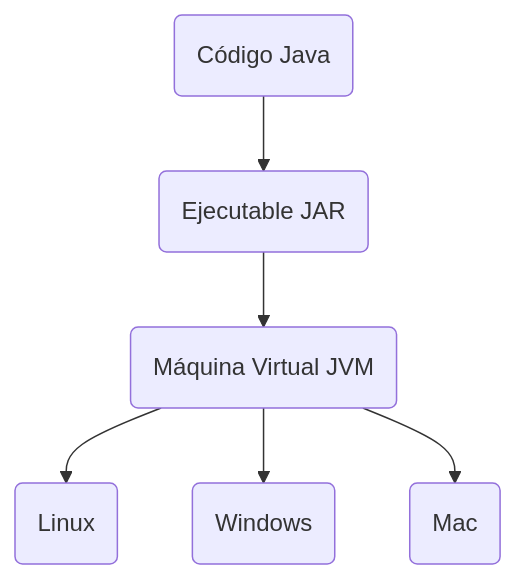
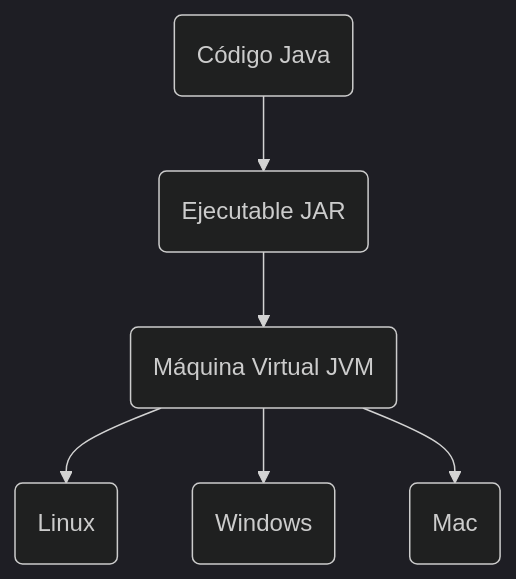
The first of 2 diagrams in 008_java_oo/primeros_pasos.md (DevFzn/Oracle_One-Alura_Latam), drawn with Mermaid before and after one commit. The commit also changed other lines of this file and 6 other files, not shown here.

````diff
--- a/008_java_oo/primeros_pasos.md
+++ b/008_java_oo/primeros_pasos.md
@@ -14,8 +14,9 @@
 ```mermaid
+%%{init: {'theme':'dark'}}%%
 graph TD
     A(Código Java)-->B(Ejecutable JAR)
     B-->C(Máquina Virtual JVM)
     C--> E(Linux)
     C--> F(Windows)
     C--> G(Mac)
 ```
````
